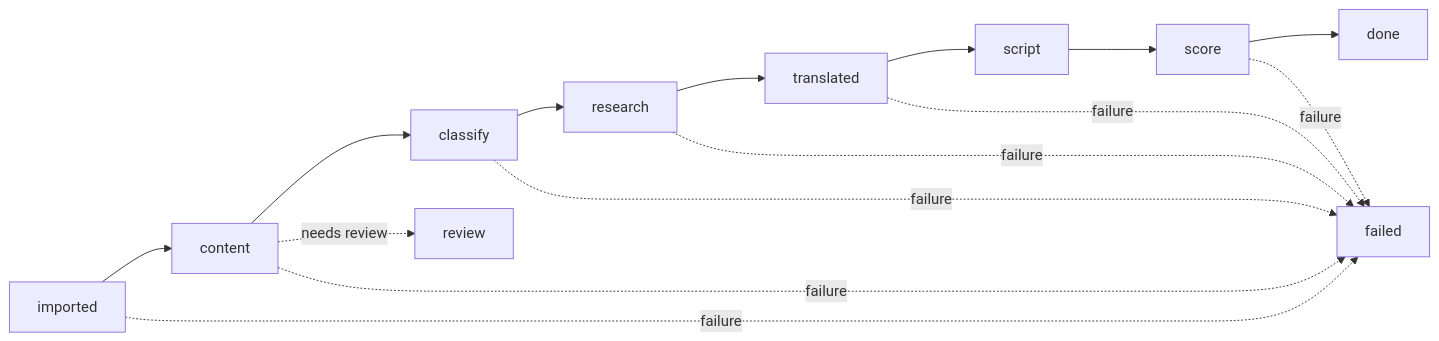
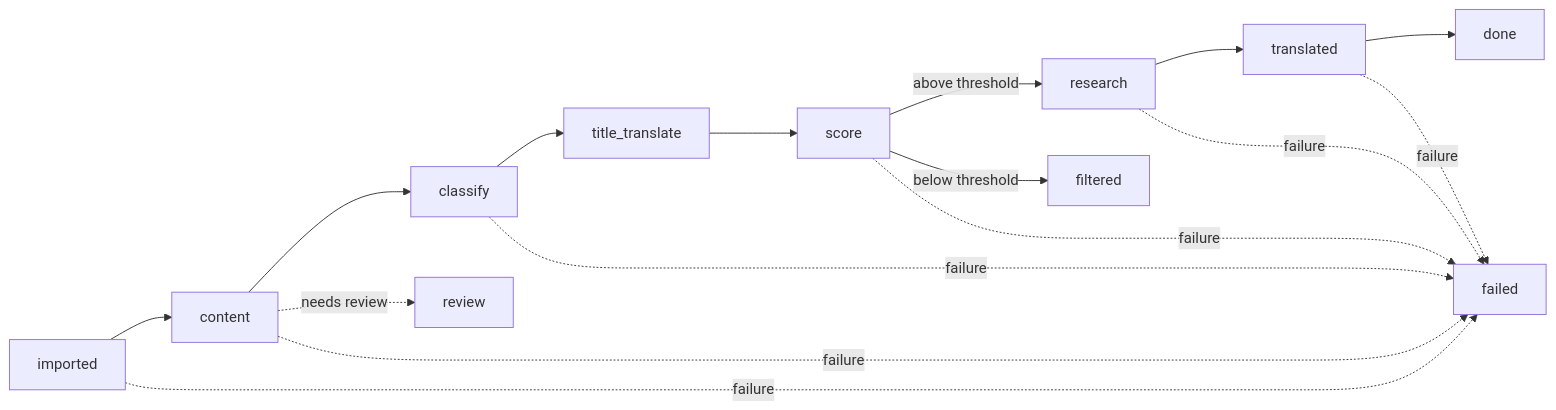
Before and after one commit to aldhubaib/falak: the third of 4 diagrams in docs/ARCHITECTURE/ARCHITECTURE.md, drawn with Mermaid. The commit also changed other lines of this file, not shown here.

Commit message:
docs: update ARCHITECTURE.md — Refactor article pipeline: remove script stage, add title_translate + threshold gate, rename story stages (passed→skip, omit→trash), add filtered stage, add currentThreshold to ScoreProfile

````diff
--- a/docs/ARCHITECTURE/ARCHITECTURE.md
+++ b/docs/ARCHITECTURE/ARCHITECTURE.md
@@ -912,11 +915,13 @@
 ```mermaid
 flowchart LR
-    IM["imported"] --> CO["content"] --> CL["classify"] --> RE["research"] --> TR["translated"] --> SR["script"] --> SC["score"] --> DO["done"]
+    IM["imported"] --> CO["content"] --> CL["classify"] --> TT["title_translate"] --> SC["score"]
+    SC -->|above threshold| RE["research"] --> TR["translated"] --> DO["done"]
+    SC -->|below threshold| FI["filtered"]
     CO -.->|needs review| RV["review"]
     IM -.->|failure| F["failed"]
     CO -.->|failure| F
     CL -.->|failure| F
+    SC -.->|failure| F
     RE -.->|failure| F
     TR -.->|failure| F
-    SC -.->|failure| F
 ```
````
